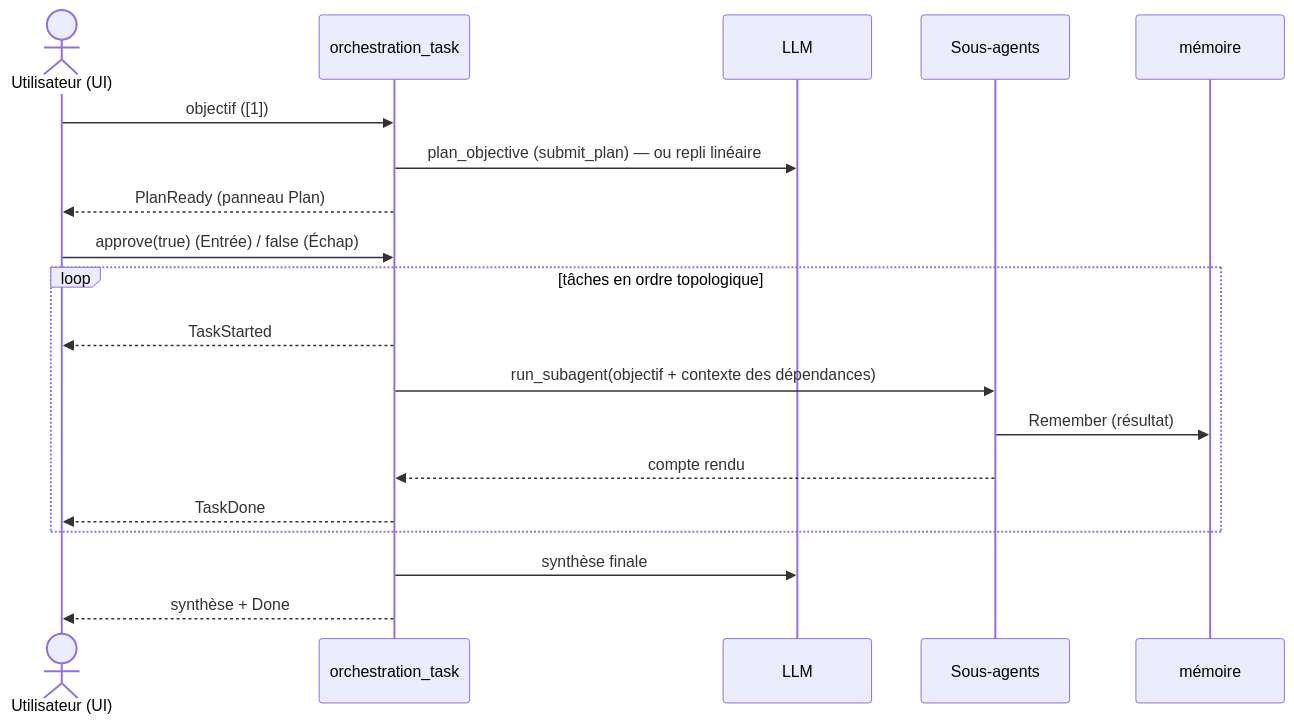
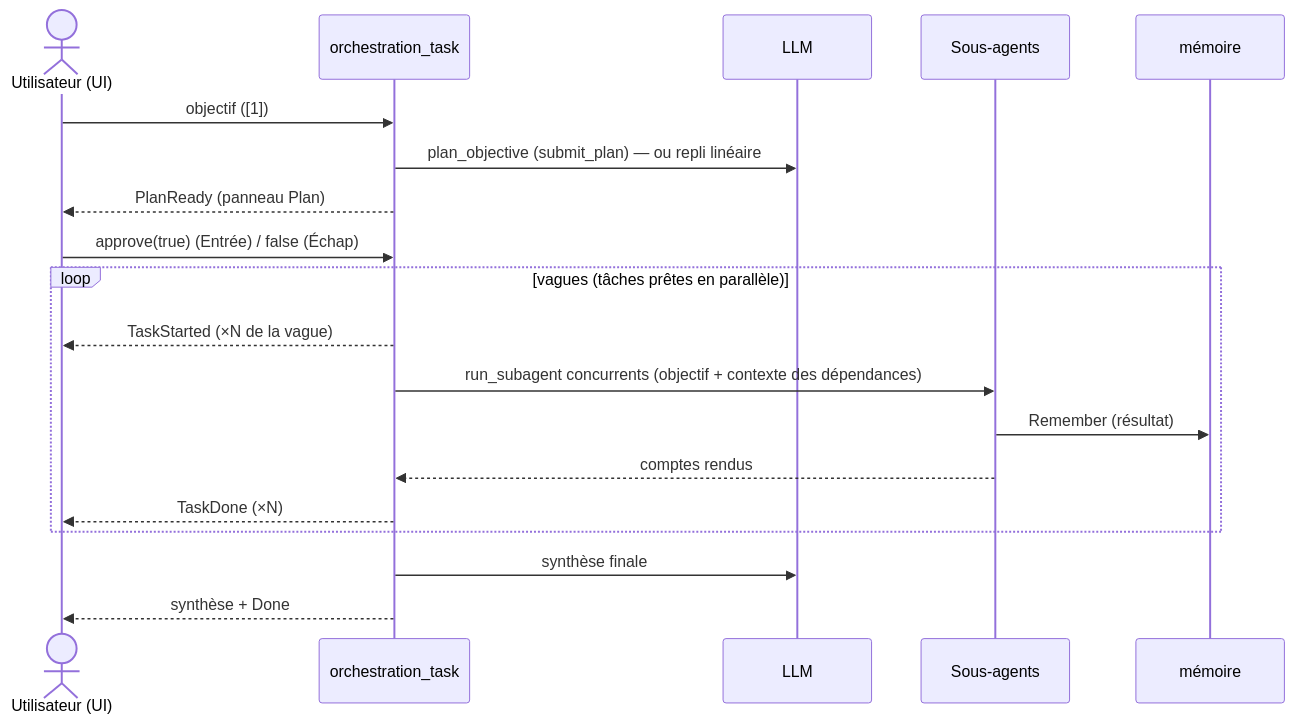
One commit to maximelarrieu/orchestra-ide changed the fifth of 7 diagrams in docs/ARCHITECTURE.md. Above: the diagram before and after it, drawn with Mermaid. The commit also changed other lines of this file and 4 other files, not shown here.

First line of the commit message:
feat(runtime): exécution du plan par vagues concurrentes (tâches indépendantes parallèles)

````diff
--- a/docs/ARCHITECTURE.md
+++ b/docs/ARCHITECTURE.md
@@ -282,22 +283,22 @@
 ```mermaid
 sequenceDiagram
     actor U as Utilisateur (UI)
     participant O as orchestration_task
     participant Cl as LLM
     participant A as Sous-agents
     participant M as mémoire
 
     U->>O: objectif ([1])
     O->>Cl: plan_objective (submit_plan) — ou repli linéaire
     O-->>U: PlanReady (panneau Plan)
     U->>O: approve(true) (Entrée) / false (Échap)
-    loop tâches en ordre topologique
-        O-->>U: TaskStarted
-        O->>A: run_subagent(objectif + contexte des dépendances)
+    loop vagues (tâches prêtes en parallèle)
+        O-->>U: TaskStarted (×N de la vague)
+        O->>A: run_subagent concurrents (objectif + contexte des dépendances)
         A->>M: Remember (résultat)
-        A-->>O: compte rendu
-        O-->>U: TaskDone
+        A-->>O: comptes rendus
+        O-->>U: TaskDone (×N)
     end
     O->>Cl: synthèse finale
     O-->>U: synthèse + Done
 ```
````
